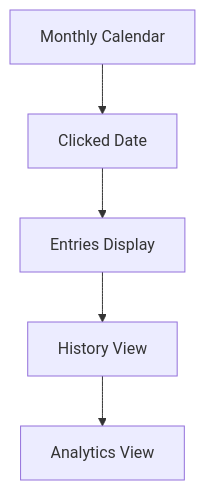
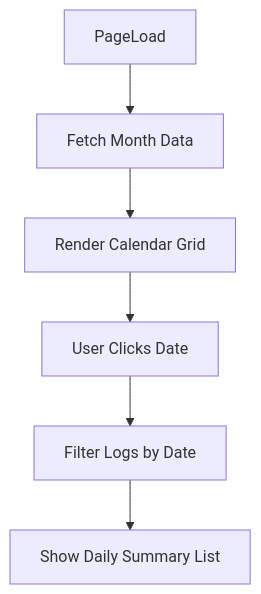
One commit to abhijeet-hudda/Focus-and-Habit-Tracker changed the fifth of 6 diagrams in wireframe.md. Above: the diagram before and after it, drawn with Mermaid. The commit also changed other lines of this file, not shown here.

Commit message:
add wireframe and flowcharts

````diff
--- a/wireframe.md
+++ b/wireframe.md
@@ -97,7 +174,9 @@
 ```mermaid
 flowchart TD
-  MC[Monthly Calendar] --> CD[Clicked Date]
-  CD --> ED[Entries Display]
-  ED --> H[History View]
-  H --> A[Analytics View]
+    PageLoad --> FetchMonth[Fetch Month Data]
+    FetchMonth --> RenderCal[Render Calendar Grid]
+    RenderCal --> UserClick[User Clicks Date]
+    UserClick --> Filter[Filter Logs by Date]
+    Filter --> Display[Show Daily Summary List]
+
 ```
````
